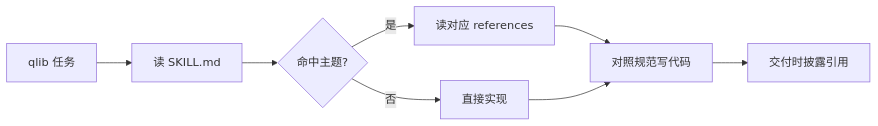
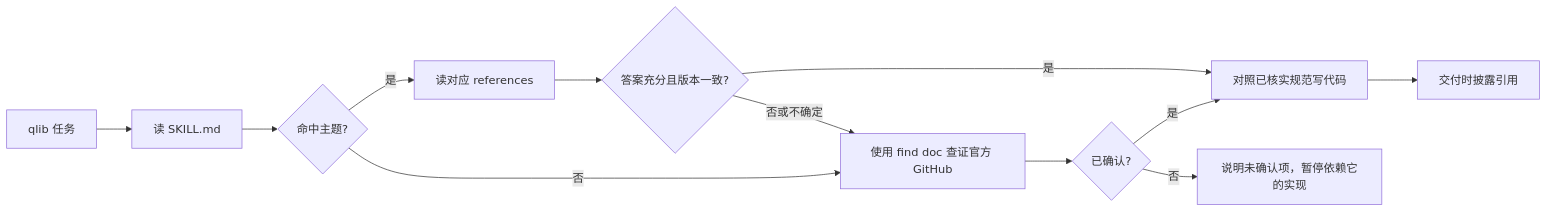
Before and after one commit to seuzxh/qlib-skill: the diagram in README.md, drawn with Mermaid. The commit also changed other lines of this file, not shown here.

Commit message:
Add official Qlib verification fallback

````diff
--- a/README.md
+++ b/README.md
@@ -54,10 +54,14 @@
 ```mermaid
 graph LR
   A[qlib 任务] --> B[读 SKILL.md]
   B --> C{命中主题?}
   C -->|是| D[读对应 references]
-  C -->|否| E[直接实现]
-  D --> F[对照规范写代码]
-  E --> F
+  C -->|否| E[使用 find doc 查证官方 GitHub]
+  D --> H{答案充分且版本一致?}
+  H -->|是| F[对照已核实规范写代码]
+  H -->|否或不确定| E
+  E --> I{已确认?}
+  I -->|是| F
+  I -->|否| J[说明未确认项，暂停依赖它的实现]
   F --> G[交付时披露引用]
 ```
````
